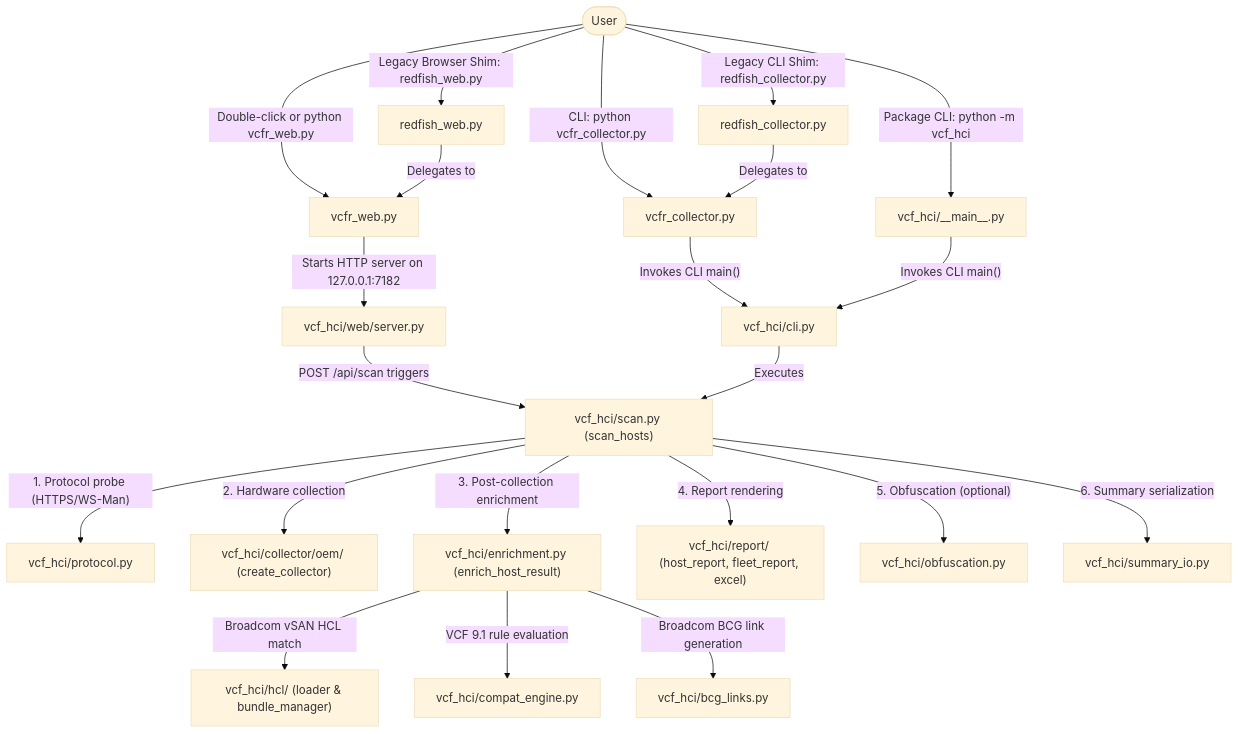
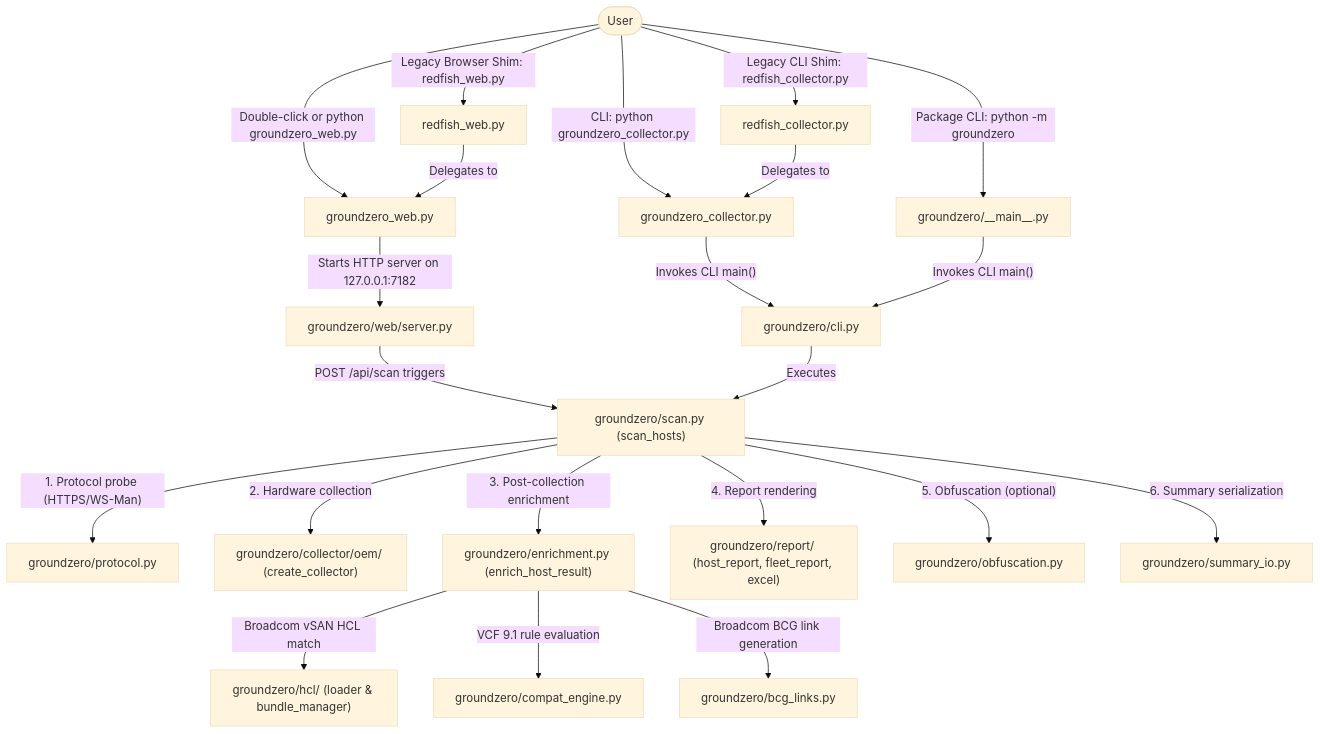
One commit to djsincla/GroundZero changed the second of 4 diagrams in ARCHITECTURE.md. Above: the diagram before and after it, drawn with Mermaid (base theme). The commit also changed other lines of this file and 374 other files, not shown here.

First line of the commit message:
Rename project to GroundZero (package vcf_hci → groundzero)

````diff
--- a/ARCHITECTURE.md
+++ b/ARCHITECTURE.md
@@ -669,28 +669,28 @@
 ```mermaid
 flowchart TD
-    User([User]) -->|"Double-click or python vcfr_web.py"| WebEntry["vcfr_web.py"]
-    User -->|"CLI: python vcfr_collector.py"| CliEntry["vcfr_collector.py"]
-    User -->|"Package CLI: python -m vcf_hci"| PkgCli["vcf_hci/__main__.py"]
+    User([User]) -->|"Double-click or python groundzero_web.py"| WebEntry["groundzero_web.py"]
+    User -->|"CLI: python groundzero_collector.py"| CliEntry["groundzero_collector.py"]
+    User -->|"Package CLI: python -m groundzero"| PkgCli["groundzero/__main__.py"]
     User -->|"Legacy Browser Shim: redfish_web.py"| ShimWeb["redfish_web.py"]
     User -->|"Legacy CLI Shim: redfish_collector.py"| ShimCli["redfish_collector.py"]
 
     ShimWeb -->|"Delegates to"| WebEntry
     ShimCli -->|"Delegates to"| CliEntry
 
-    WebEntry -->|"Starts HTTP server on 127.0.0.1:7182"| WebServer["vcf_hci/web/server.py"]
-    CliEntry -->|"Invokes CLI main()"| CliMain["vcf_hci/cli.py"]
+    WebEntry -->|"Starts HTTP server on 127.0.0.1:7182"| WebServer["groundzero/web/server.py"]
+    CliEntry -->|"Invokes CLI main()"| CliMain["groundzero/cli.py"]
     PkgCli -->|"Invokes CLI main()"| CliMain
 
-    WebServer -->|"POST /api/scan triggers"| ScanEngine["vcf_hci/scan.py (scan_hosts)"]
+    WebServer -->|"POST /api/scan triggers"| ScanEngine["groundzero/scan.py (scan_hosts)"]
     CliMain -->|"Executes"| ScanEngine
 
-    ScanEngine -->|"1. Protocol probe (HTTPS/WS-Man)"| Proto["vcf_hci/protocol.py"]
-    ScanEngine -->|"2. Hardware collection"| Collector["vcf_hci/collector/oem/ (create_collector)"]
-    ScanEngine -->|"3. Post-collection enrichment"| Enrichment["vcf_hci/enrichment.py (enrich_host_result)"]
-    Enrichment -->|"Broadcom vSAN HCL match"| HclLoader["vcf_hci/hcl/ (loader & bundle_manager)"]
-    Enrichment -->|"VCF 9.1 rule evaluation"| CompatEngine["vcf_hci/compat_engine.py"]
-    Enrichment -->|"Broadcom BCG link generation"| BcgLinks["vcf_hci/bcg_links.py"]
-    ScanEngine -->|"4. Report rendering"| Reports["vcf_hci/report/ (host_report, fleet_report, excel)"]
-    ScanEngine -->|"5. Obfuscation (optional)"| Obfuscate["vcf_hci/obfuscation.py"]
-    ScanEngine -->|"6. Summary serialization"| SummaryIO["vcf_hci/summary_io.py"]
+    ScanEngine -->|"1. Protocol probe (HTTPS/WS-Man)"| Proto["groundzero/protocol.py"]
+    ScanEngine -->|"2. Hardware collection"| Collector["groundzero/collector/oem/ (create_collector)"]
+    ScanEngine -->|"3. Post-collection enrichment"| Enrichment["groundzero/enrichment.py (enrich_host_result)"]
+    Enrichment -->|"Broadcom vSAN HCL match"| HclLoader["groundzero/hcl/ (loader & bundle_manager)"]
+    Enrichment -->|"VCF 9.1 rule evaluation"| CompatEngine["groundzero/compat_engine.py"]
+    Enrichment -->|"Broadcom BCG link generation"| BcgLinks["groundzero/bcg_links.py"]
+    ScanEngine -->|"4. Report rendering"| Reports["groundzero/report/ (host_report, fleet_report, excel)"]
+    ScanEngine -->|"5. Obfuscation (optional)"| Obfuscate["groundzero/obfuscation.py"]
+    ScanEngine -->|"6. Summary serialization"| SummaryIO["groundzero/summary_io.py"]
 ```
````
